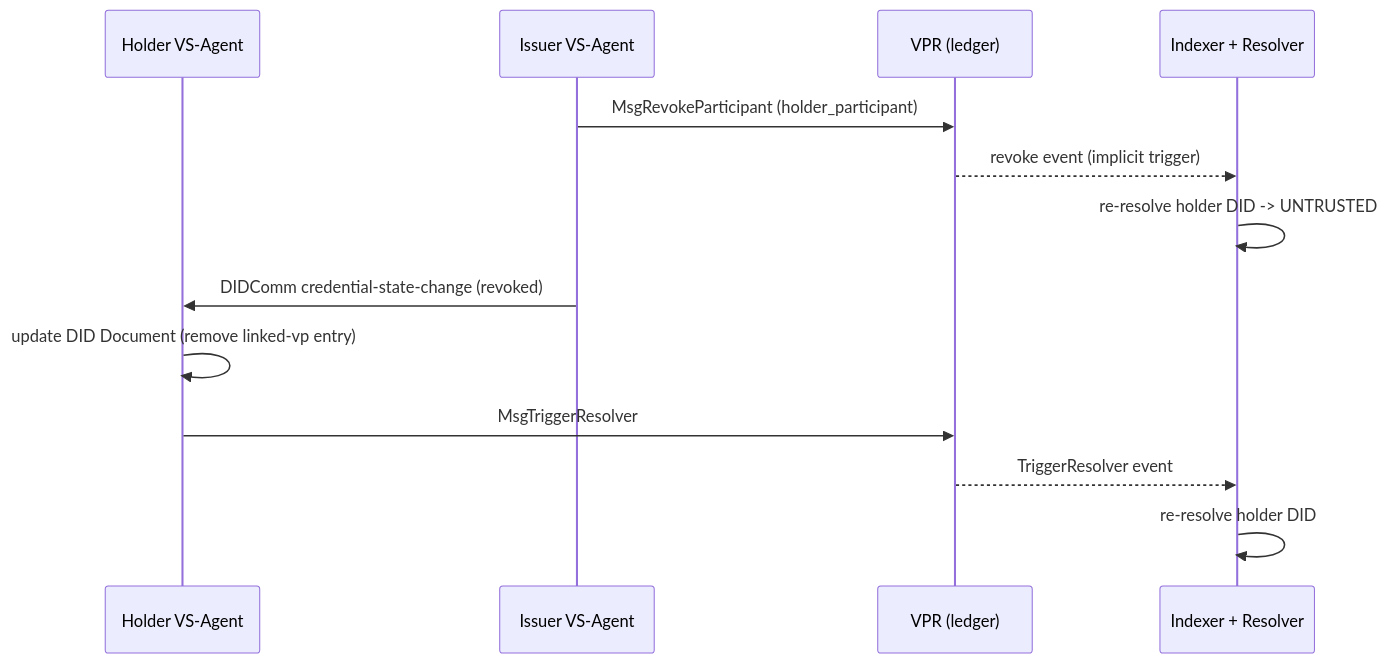
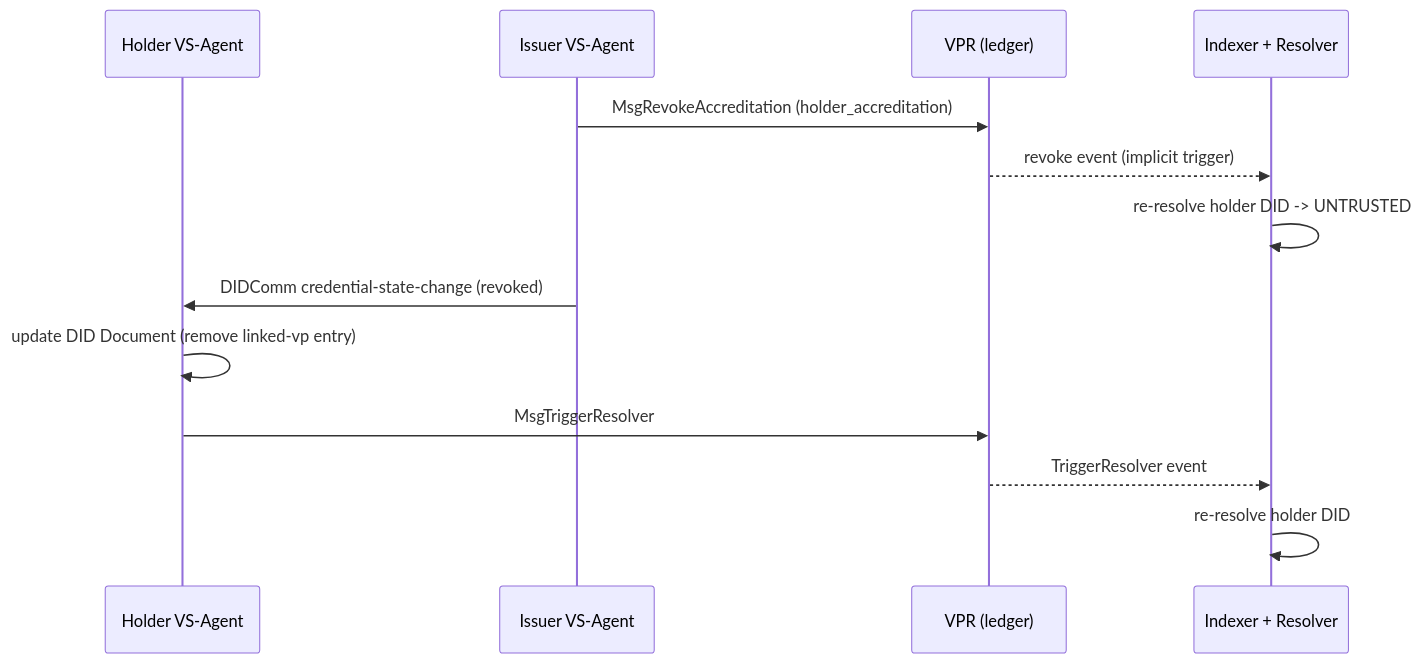
One commit to verana-labs/verifiable-trust-spec changed the sixth of 6 diagrams in spec.md. Above: the diagram before and after it, drawn with Mermaid. The commit also changed other lines of this file, not shown here.

First line of the commit message:
Rename Participant to Accreditation (VPR f329e73)

````diff
--- a/spec.md
+++ b/spec.md
@@ -2322,16 +2322,16 @@
 ```mermaid
 sequenceDiagram
     participant Holder as Holder VS-Agent
     participant Issuer as Issuer VS-Agent
     participant VPR as VPR (ledger)
     participant Idx as Indexer + Resolver
 
-    Issuer->>VPR: MsgRevokeParticipant (holder_participant)
+    Issuer->>VPR: MsgRevokeAccreditation (holder_accreditation)
     VPR-->>Idx: revoke event (implicit trigger)
     Idx->>Idx: re-resolve holder DID -> UNTRUSTED
     Issuer->>Holder: DIDComm credential-state-change (revoked)
     Holder->>Holder: update DID Document (remove linked-vp entry)
     Holder->>VPR: MsgTriggerResolver
     VPR-->>Idx: TriggerResolver event
     Idx->>Idx: re-resolve holder DID
 ```
````
